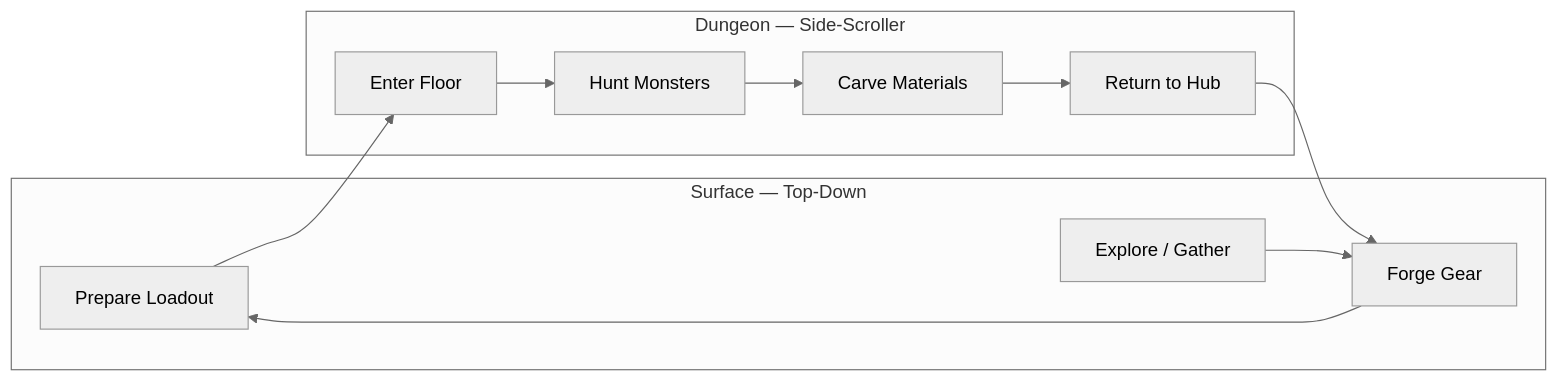
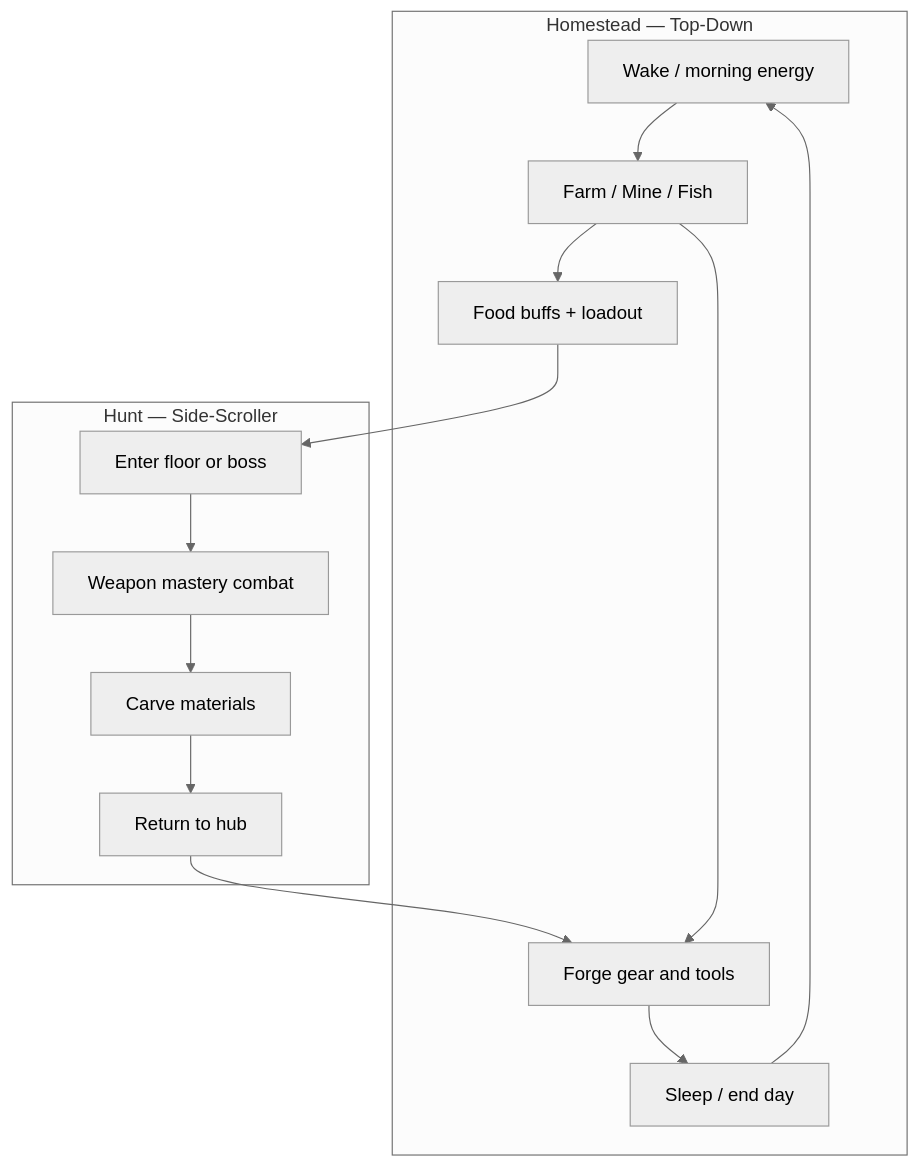
Before and after one commit to CookBrad/destiny-forge: the diagram in docs/GAME_DESIGN.md, drawn with Mermaid (neutral theme). The commit also changed other lines of this file, not shown here.

Commit message:
Revise GAME_DESIGN.md for version 1.0: Update document structure, enhance vision and pillars sections, and clarify game mechanics. Introduce new table of contents and prioritize combat depth alongside homestead systems. Adjust session length metrics and success criteria for gameplay loops.

````diff
--- a/docs/GAME_DESIGN.md
+++ b/docs/GAME_DESIGN.md
@@ -118,21 +97,26 @@
 ```mermaid
-flowchart LR
-    subgraph surface [Surface — Top-Down]
-        Prep[Prepare Loadout]
-        Forge[Forge Gear]
-        ExploreS[Explore / Gather]
+flowchart TB
+    subgraph surface [Homestead — Top-Down]
+        Wake[Wake / morning energy]
+        Chores[Farm / Mine / Fish]
+        Prep[Food buffs + loadout]
+        Forge[Forge gear and tools]
+        Sleep[Sleep / end day]
     end
-    subgraph dungeon [Dungeon — Side-Scroller]
-        Enter[Enter Floor]
-        Hunt[Hunt Monsters]
-        Carve[Carve Materials]
-        Return[Return to Hub]
+    subgraph hunt [Hunt — Side-Scroller]
+        Enter[Enter floor or boss]
+        Fight[Weapon mastery combat]
+        Carve[Carve materials]
+        Return[Return to hub]
     end
+    Wake --> Chores
+    Chores --> Prep
     Prep --> Enter
-    Enter --> Hunt
-    Hunt --> Carve
+    Enter --> Fight
+    Fight --> Carve
     Carve --> Return
     Return --> Forge
-    Forge --> Prep
-    ExploreS --> Forge
+    Forge --> Sleep
+    Sleep --> Wake
+    Chores --> Forge
 ```
````
